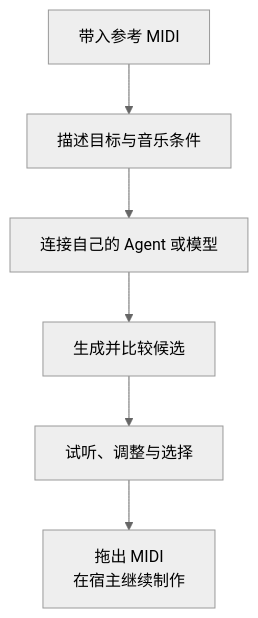
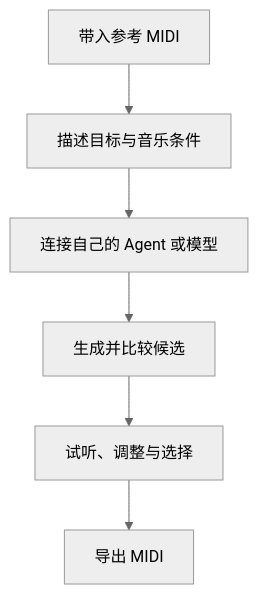
One commit to ryurikoneko/DAWLoop changed the second of 6 diagrams in README.md. Above: the diagram before and after it, drawn with Mermaid (neutral theme). The commit also changed other lines of this file and 1 other file, not shown here.

Commit message:
docs(composer): clarify release preparation and narrow-screen flow

````diff
--- a/README.md
+++ b/README.md
@@ -99,8 +99,8 @@
 ```mermaid
 flowchart TD
     A[带入参考 MIDI] --> B[描述目标与音乐条件]
     B --> C[连接自己的 Agent 或模型]
     C --> D[生成并比较候选]
     D --> E[试听、调整与选择]
-    E --> F[拖出 MIDI<br/>在宿主继续制作]
+    E --> F[导出 MIDI]
 ```
````
